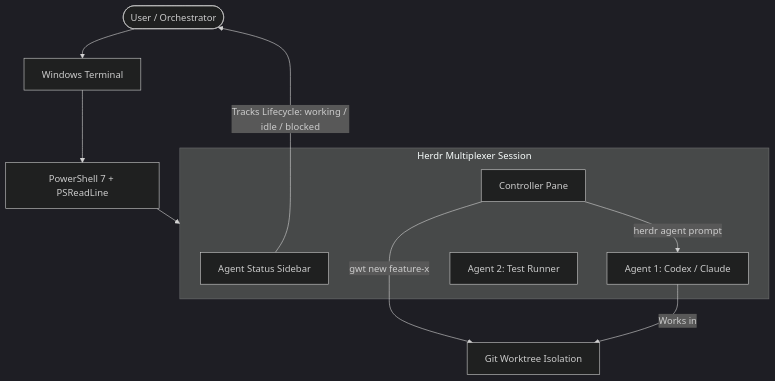
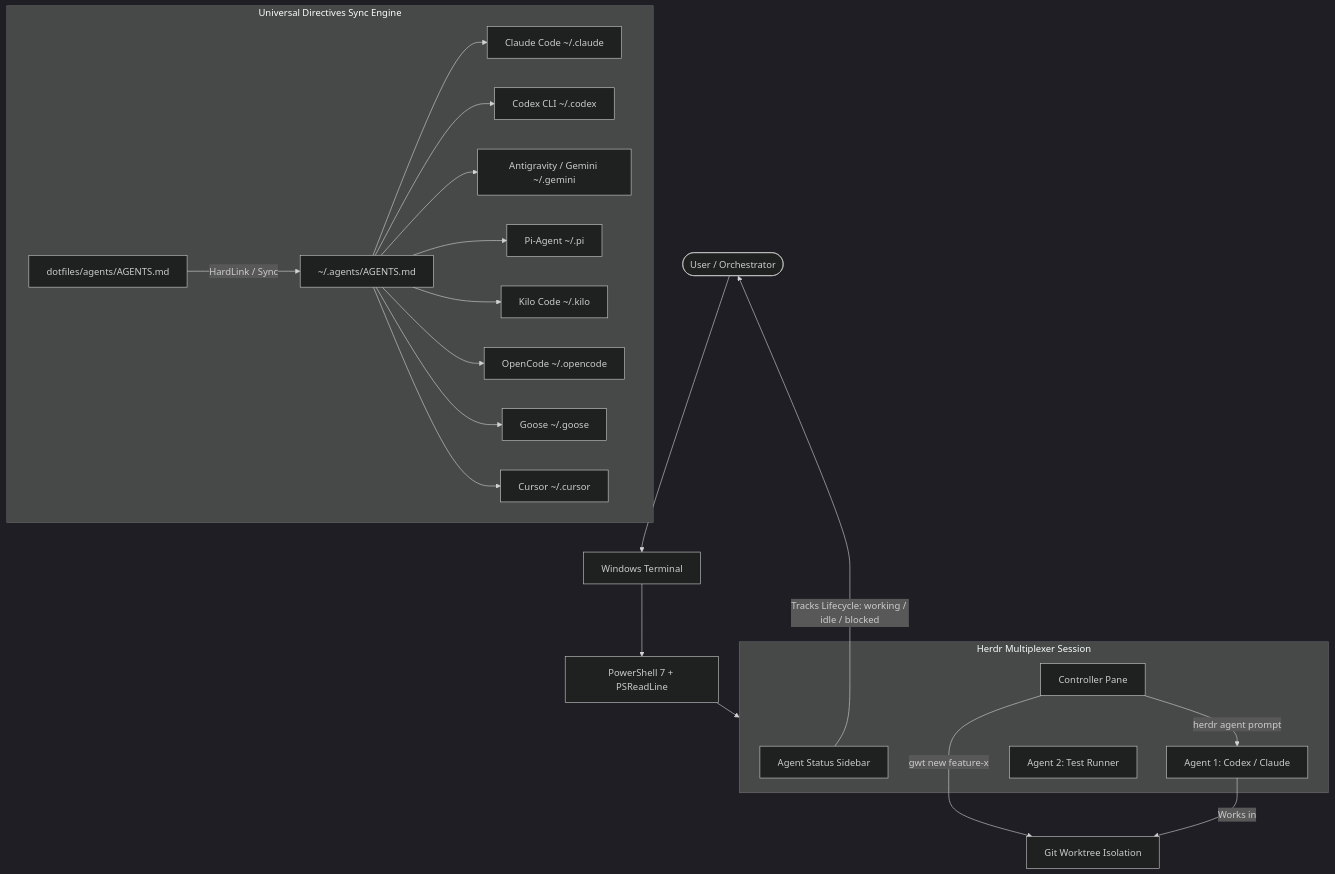
One commit to izanorshahril/dotfiles changed the diagram in README.md. Above: the diagram before and after it, drawn with Mermaid (dark theme). The commit also changed other lines of this file and 4 other files, not shown here.

Commit message:
feat(agents): multi-harness real-time hardlink sync across all AI coding tools

````diff
--- a/README.md
+++ b/README.md
@@ -41,18 +45,32 @@
 ```mermaid
 flowchart TD
     User([User / Orchestrator]) --> WT[Windows Terminal]
     WT --> Profile[PowerShell 7 + PSReadLine]
     Profile --> HM[Herdr Multiplexer]
     
+    subgraph Directives [Universal Directives Sync Engine]
+        DotAgents[dotfiles/agents/AGENTS.md]
+        CanonAgents[~/.agents/AGENTS.md]
+        DotAgents -->|HardLink / Sync| CanonAgents
+        CanonAgents --> Claude[Claude Code ~/.claude]
+        CanonAgents --> Codex[Codex CLI ~/.codex]
+        CanonAgents --> Gemini[Antigravity / Gemini ~/.gemini]
+        CanonAgents --> Pi[Pi-Agent ~/.pi]
+        CanonAgents --> Kilo[Kilo Code ~/.kilo]
+        CanonAgents --> OpenCode[OpenCode ~/.opencode]
+        CanonAgents --> Goose[Goose ~/.goose]
+        CanonAgents --> Cursor[Cursor ~/.cursor]
+    end
+
     subgraph HM [Herdr Multiplexer Session]
         Side[Agent Status Sidebar]
         Pane1[Controller Pane]
         Pane2[Agent 1: Codex / Claude]
         Pane3[Agent 2: Test Runner]
     end
 
     Pane1 -->|gwt new feature-x| WTTree[Git Worktree Isolation]
     Pane2 -->|Works in| WTTree
     Pane1 -->|herdr agent prompt| Pane2
     Side -->|Tracks Lifecycle: working / idle / blocked| User
 ```
````
